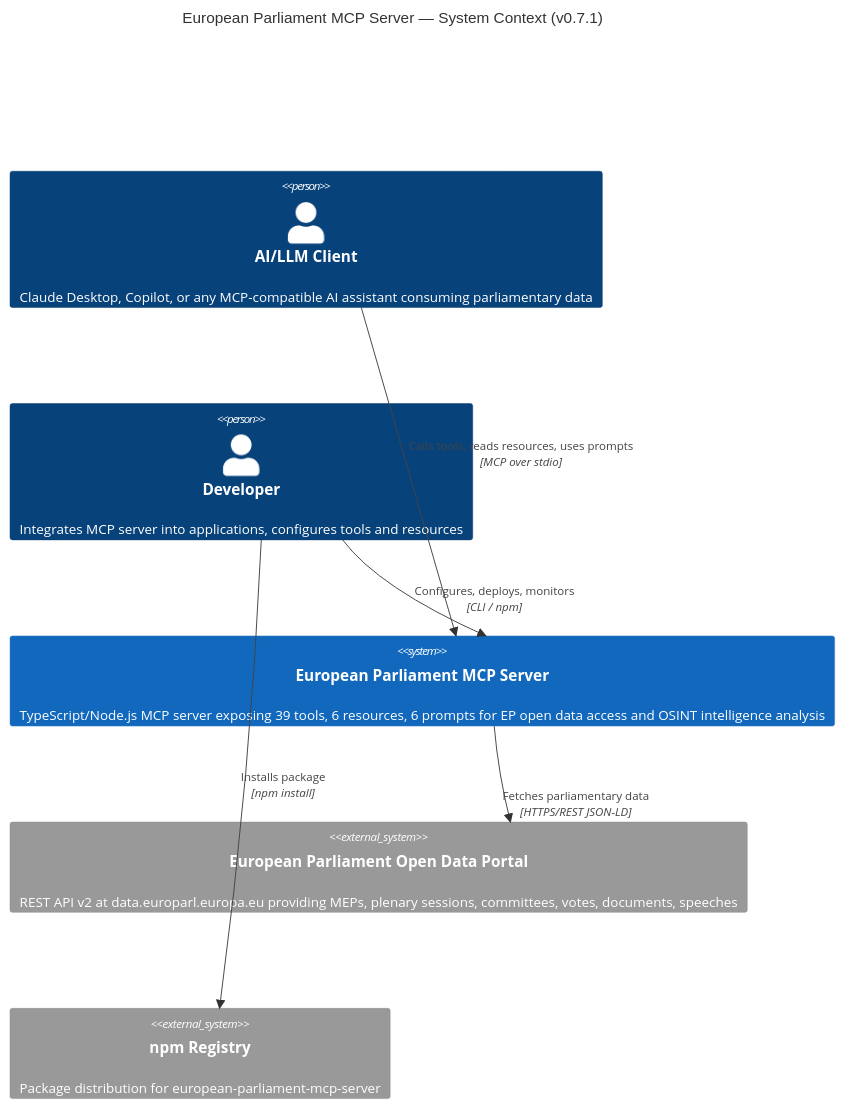
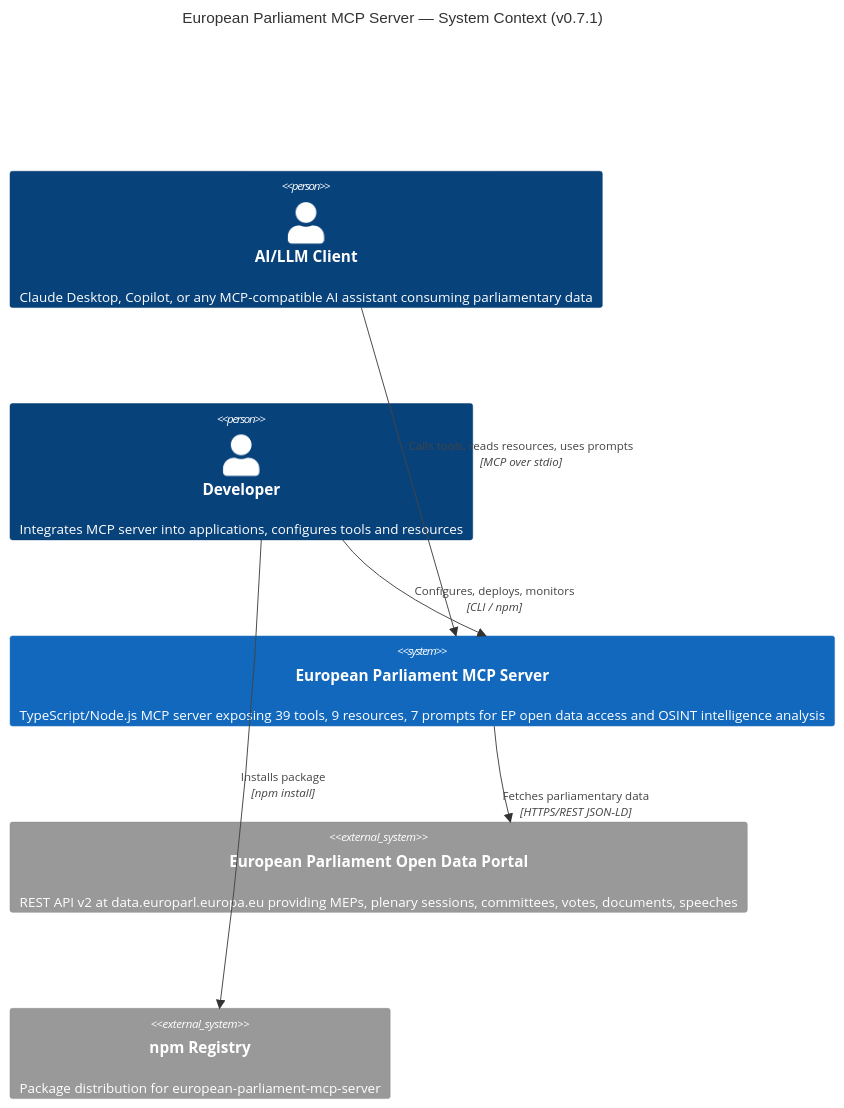
The first of 5 diagrams in ARCHITECTURE.md (Hack23/European-Parliament-MCP-Server), drawn with Mermaid before and after one commit. The commit also changed other lines of this file and 2 other files, not shown here.

Commit message:
feat: tighten MetricService API with MetricKey type; update docs for 7 prompts / 9 resources
- Export MetricKey = MetricName | string from MetricsService; all public
  methods (incrementCounter, setGauge, observeHistogram, getMetric,
  getHistogramSummary, buildKey) now accept MetricKey instead of string,
  giving IDE autocomplete and encouraging enum usage while remaining
  backward-compatible with existing string-literal callers
- README.md: add country_delegation_analysis prompt row; add
  ep://procedures/{id}, ep://plenary/{id}, ep://documents/{id} resource rows;
  update counts to 9 Resources and 7 Prompts throughout
- ARCHITECTURE.md: update C4 subtitle and Context diagram description to
  reflect 9 resources and 7 prompts

````diff
--- a/ARCHITECTURE.md
+++ b/ARCHITECTURE.md
@@ -81,20 +81,20 @@
 ```mermaid
 C4Context
     title European Parliament MCP Server — System Context (v0.7.1)
 
     Person(aiClient, "AI/LLM Client", "Claude Desktop, Copilot, or any MCP-compatible AI assistant consuming parliamentary data")
     Person(developer, "Developer", "Integrates MCP server into applications, configures tools and resources")
 
-    System(mcpServer, "European Parliament MCP Server", "TypeScript/Node.js MCP server exposing 39 tools, 6 resources, 6 prompts for EP open data access and OSINT intelligence analysis")
+    System(mcpServer, "European Parliament MCP Server", "TypeScript/Node.js MCP server exposing 39 tools, 9 resources, 7 prompts for EP open data access and OSINT intelligence analysis")
 
     System_Ext(epApi, "European Parliament Open Data Portal", "REST API v2 at data.europarl.europa.eu providing MEPs, plenary sessions, committees, votes, documents, speeches")
     System_Ext(npmRegistry, "npm Registry", "Package distribution for european-parliament-mcp-server")
 
     Rel(aiClient, mcpServer, "Calls tools, reads resources, uses prompts", "MCP over stdio")
     Rel(developer, mcpServer, "Configures, deploys, monitors", "CLI / npm")
     Rel(mcpServer, epApi, "Fetches parliamentary data", "HTTPS/REST JSON-LD")
     Rel(developer, npmRegistry, "Installs package", "npm install")
 
     UpdateRelStyle(aiClient, mcpServer, $offsetY="-30")
     UpdateRelStyle(mcpServer, epApi, $offsetY="20")
 ```
````
